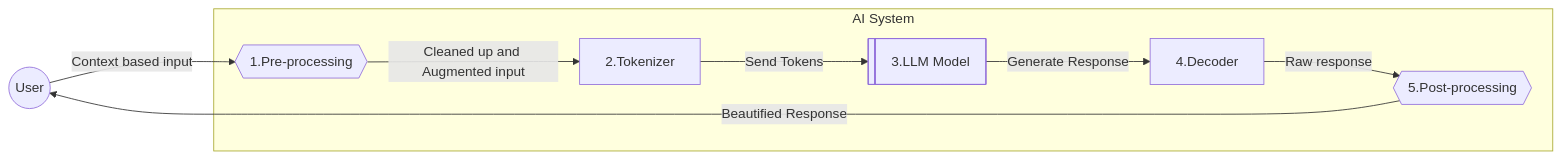
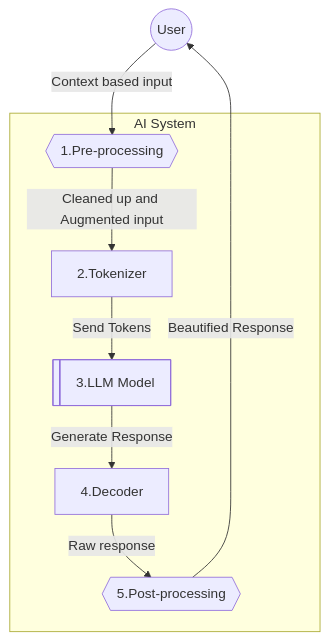
The diagram in _posts/2024/2024-12-03-Intro-llm.md (sylhare/sylhare.github.io), drawn with Mermaid before and after one commit.

Commit message:
Update LLM diagram

````diff
--- a/_posts/2024/2024-12-03-Intro-llm.md
+++ b/_posts/2024/2024-12-03-Intro-llm.md
@@ -60,18 +60,18 @@
 ```mermaid
-graph LR
+graph TD
     U((User)) -->|Context based input| Pre@{ shape: hex, label: "1.Pre-processing" }
     Pre -->|Cleaned up and Augmented input| T[2.Tokenizer]
     T -->|Send Tokens| LLM@{ shape: lin-rect, label: "3.LLM Model" }
     LLM -->|Generate Response| D[4.Decoder]
     D -->|Raw response| Post@{ shape: hex, label: "5.Post-processing" }
     Post -->|Beautified Response| U
     
 
     subgraph AI System
         Pre
         T
         LLM
         D
         Post
     end
 ```
````
